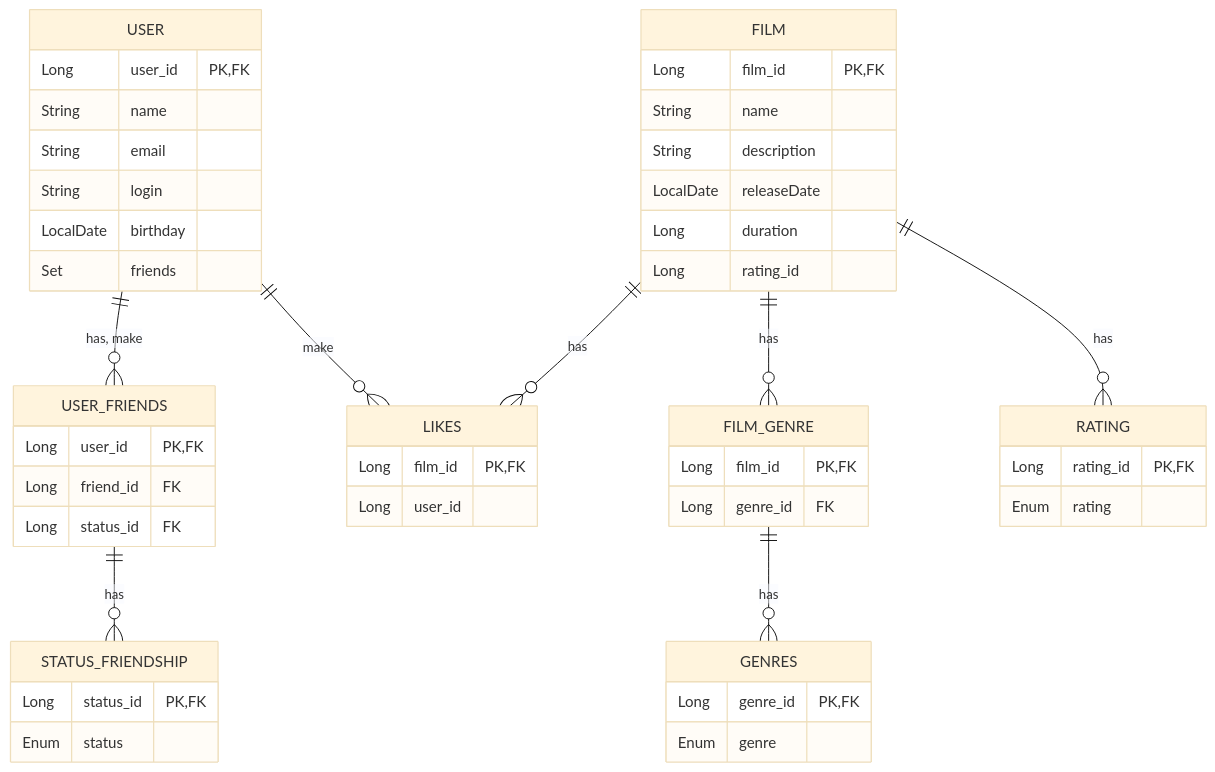
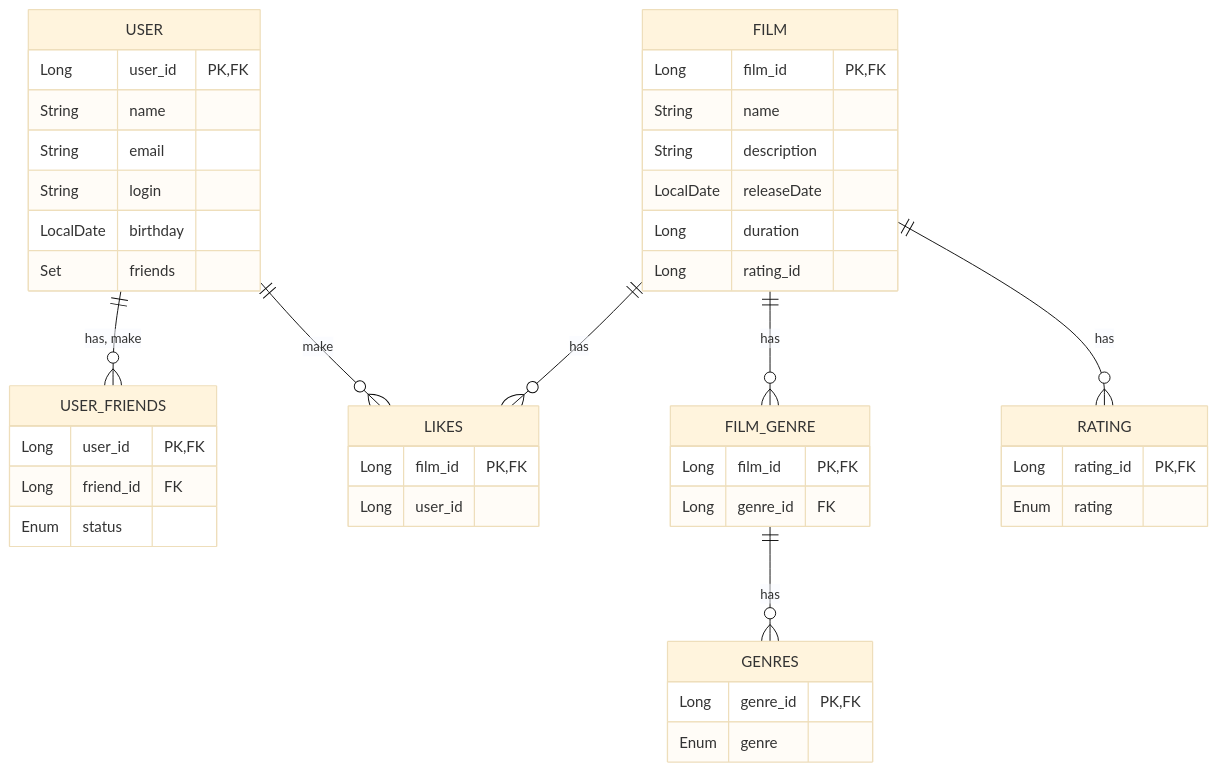
Before and after one commit to VolchenkoP/java-filmorate: the diagram in README.md, drawn with Mermaid (base theme).

Commit message:
поправить диаграмму 11

````diff
--- a/README.md
+++ b/README.md
@@ -7,51 +7,46 @@
 ```mermaid
 erDiagram
     USER || --o{ USER_FRIENDS : "has, make"
     USER || --o{ LIKES : make
     USER {
     Long user_id PK, FK
     String name
     String email
     String login
     LocalDate birthday
     Set friends
     }
-    USER_FRIENDS || --o{ STATUS_FRIENDSHIP : has
     USER_FRIENDS {
     Long user_id PK, FK
     Long friend_id FK
-    Long status_id FK
-    }
-    STATUS_FRIENDSHIP {
-    Long status_id PK, FK
     Enum status
     }
     FILM || --o{ FILM_GENRE : has
     FILM || --o{ LIKES : has
     FILM || --o{ RATING : has
     FILM {
     Long film_id PK, FK
     String name
     String description
     LocalDate releaseDate
     Long duration
     Long rating_id
     }
     FILM_GENRE || --o{ GENRES : has
     FILM_GENRE {
     Long film_id PK, FK
     Long genre_id FK
     }
     GENRES {
     Long genre_id PK, FK
     Enum genre
     }
     RATING {
     Long rating_id PK, FK
     Enum rating
     }
     LIKES {
     Long film_id PK, FK
     Long user_id
     }
 ```
````
